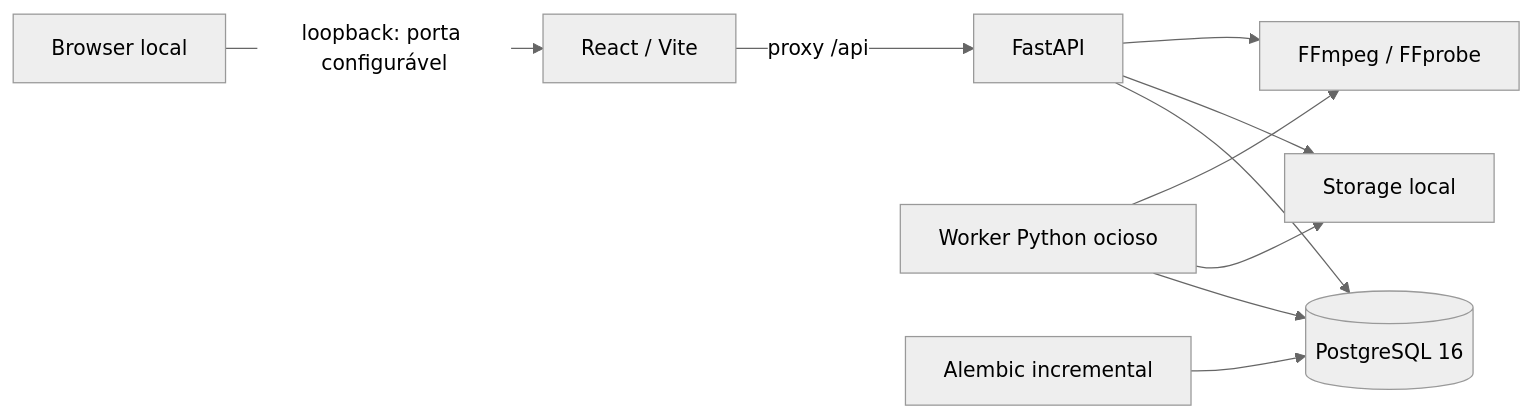
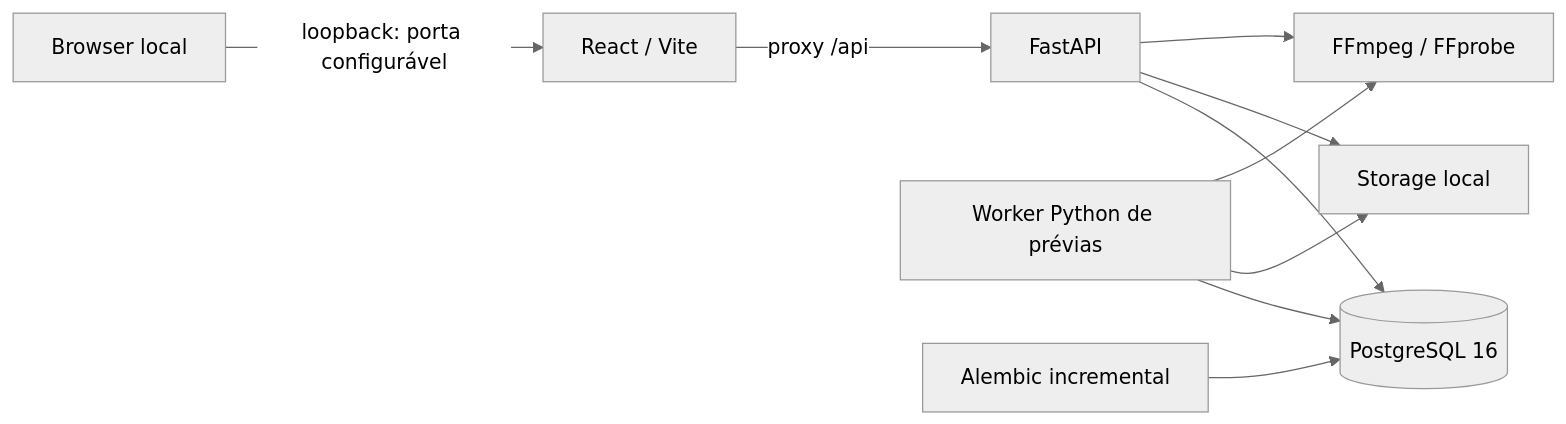
Before and after one commit to davioliveiraes/edivo-editor: the diagram in docs/architecture.md, drawn with Mermaid (neutral theme). The commit also changed other lines of this file and 180 other files, not shown here.

````diff
--- a/docs/architecture.md
+++ b/docs/architecture.md
@@ -8,12 +11,12 @@
 ```mermaid
 flowchart LR
   browser[Browser local] -->|loopback: porta configurável| frontend[React / Vite]
   frontend -->|proxy /api| api[FastAPI]
   api --> db[(PostgreSQL 16)]
   api --> storage[Storage local]
-  worker[Worker Python ocioso] --> db
+  worker[Worker Python de prévias] --> db
   worker --> storage
   api --> tools[FFmpeg / FFprobe]
   worker --> tools
   migrate[Alembic incremental] --> db
 ```
````
